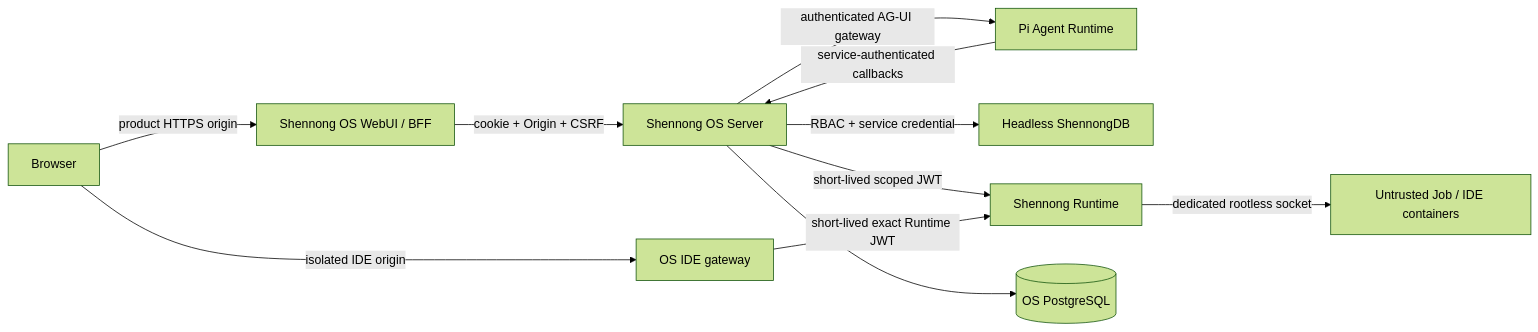
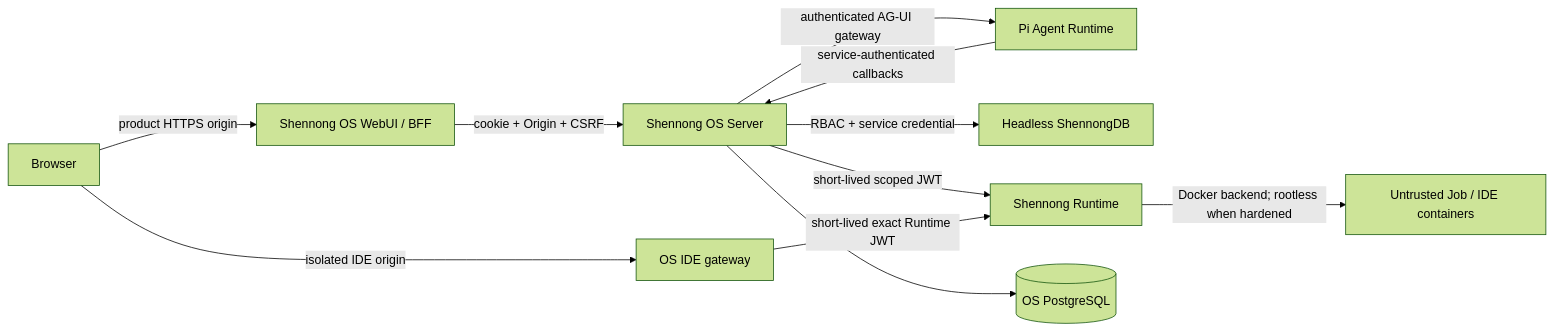
One commit to zerostwo/shennong-os changed the first of 2 diagrams in ARCHITECTURE.md. Above: the diagram before and after it, drawn with Mermaid (forest theme). The commit also changed other lines of this file and 4 other files, not shown here.

Commit message:
docs: clarify OS architecture and agent guidance

````diff
--- a/ARCHITECTURE.md
+++ b/ARCHITECTURE.md
@@ -44,13 +50,13 @@
 ```mermaid
 flowchart LR
     B["Browser"] -->|"product HTTPS origin"| W["Shennong OS WebUI / BFF"]
     B -->|"isolated IDE origin"| I["OS IDE gateway"]
     W -->|"cookie + Origin + CSRF"| O["Shennong OS Server"]
     O -->|"authenticated AG-UI gateway"| A["Pi Agent Runtime"]
     A -->|"service-authenticated callbacks"| O
     O -->|"RBAC + service credential"| D["Headless ShennongDB"]
     O -->|"short-lived scoped JWT"| R["Shennong Runtime"]
     I -->|"short-lived exact Runtime JWT"| R
-    R -->|"dedicated rootless socket"| X["Untrusted Job / IDE containers"]
+    R -->|"Docker backend; rootless when hardened"| X["Untrusted Job / IDE containers"]
     O --> P[("OS PostgreSQL")]
 ```
````
